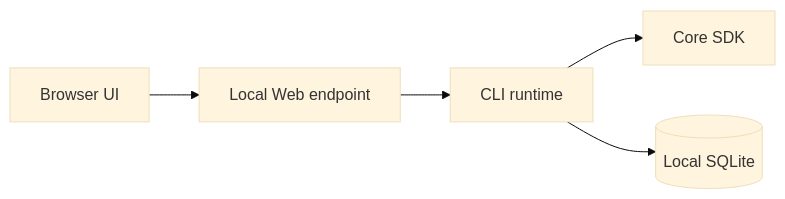
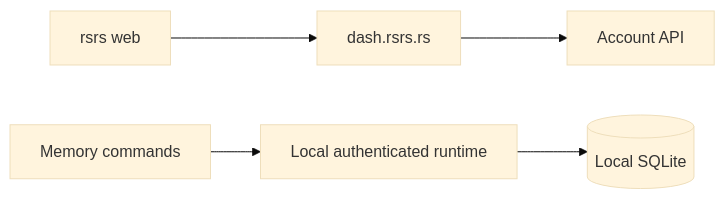
Before and after one commit to risense-ai/respire-docs: the diagram in docs/product/web.md, drawn with Mermaid (base theme). The commit also changed other lines of this file and 6 other files, not shown here.

````diff
--- a/docs/product/web.md
+++ b/docs/product/web.md
@@ -5,7 +5,7 @@
 ```mermaid
 flowchart LR
-  Browser["Browser UI"] --> HTTP["Local Web endpoint"]
-  HTTP --> Runtime["CLI runtime"]
-  Runtime --> SDK["Core SDK"]
+  CLI["rsrs web"] --> Browser["dash.rsrs.rs"]
+  Browser --> API["Account API"]
+  Commands["Memory commands"] --> Runtime["Local authenticated runtime"]
   Runtime --> Store[("Local SQLite")]
 ```
````
